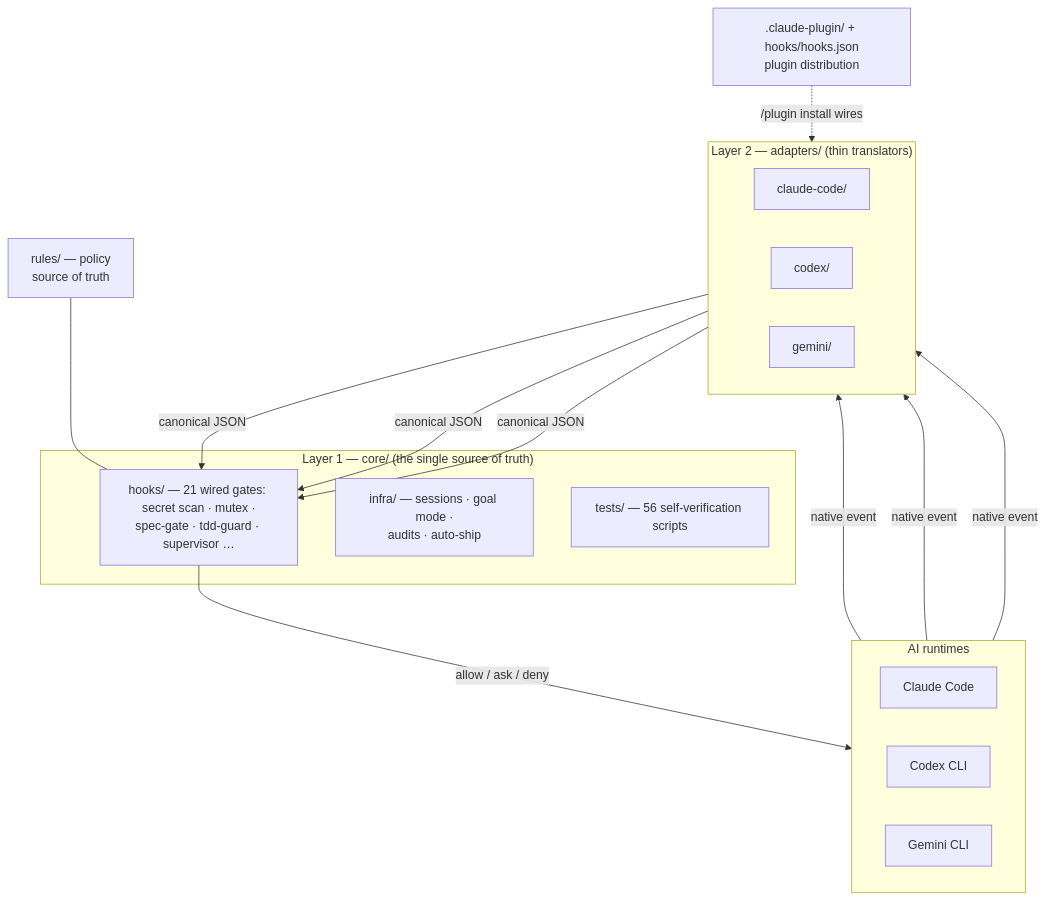
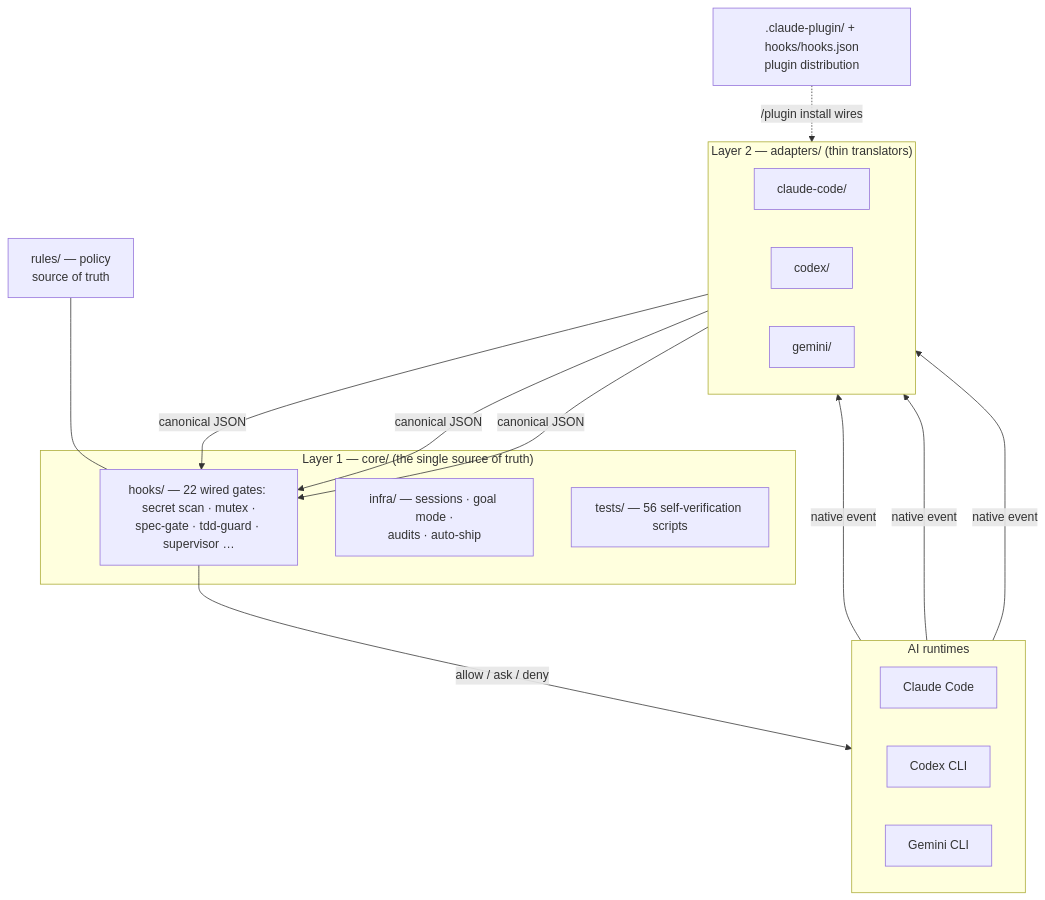
One commit to joymin5655/Agent changed the second of 5 diagrams in README.md. Above: the diagram before and after it, drawn with Mermaid. The commit also changed other lines of this file and 19 other files, not shown here.

````diff
--- a/README.md
+++ b/README.md
@@ -254,32 +254,32 @@
 ```mermaid
 flowchart TB
     subgraph RT["AI runtimes"]
         direction LR
         CC["Claude Code"]
         CX["Codex CLI"]
         GM["Gemini CLI"]
     end
     subgraph AD["Layer 2 — adapters/ (thin translators)"]
         direction LR
         A1["claude-code/"]
         A2["codex/"]
         A3["gemini/"]
     end
     subgraph CORE["Layer 1 — core/ (the single source of truth)"]
-        H["hooks/ — 21 wired gates: secret scan · mutex ·<br/>spec-gate · tdd-guard · supervisor …"]
+        H["hooks/ — 22 wired gates: secret scan · mutex ·<br/>spec-gate · tdd-guard · supervisor …"]
         I["infra/ — sessions · goal mode ·<br/>audits · auto-ship"]
         T["tests/ — 56 self-verification scripts"]
     end
     R["rules/ — policy<br/>source of truth"]
     PLUG[".claude-plugin/ + hooks/hooks.json<br/>plugin distribution"]
 
     CC -->|native event| A1
     CX -->|native event| A2
     GM -->|native event| A3
     A1 -->|canonical JSON| H
     A2 -->|canonical JSON| H
     A3 -->|canonical JSON| H
     H -->|"allow / ask / deny"| RT
     R --- H
     PLUG -. "/plugin install wires" .-> A1
 ```
````
